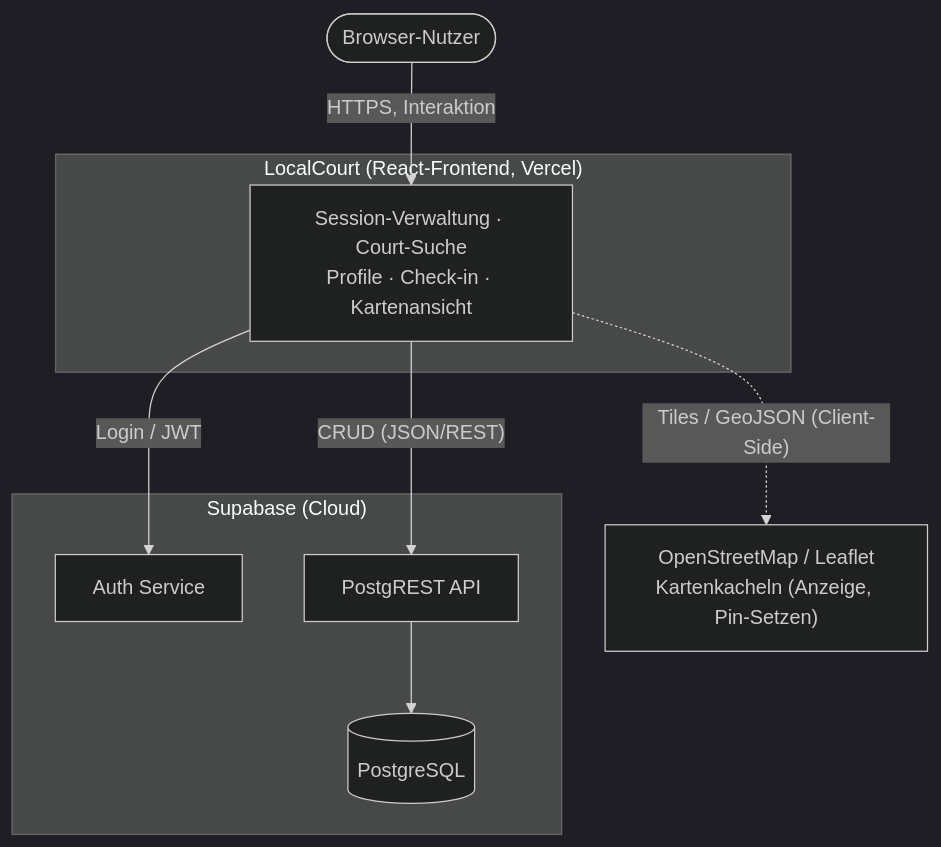
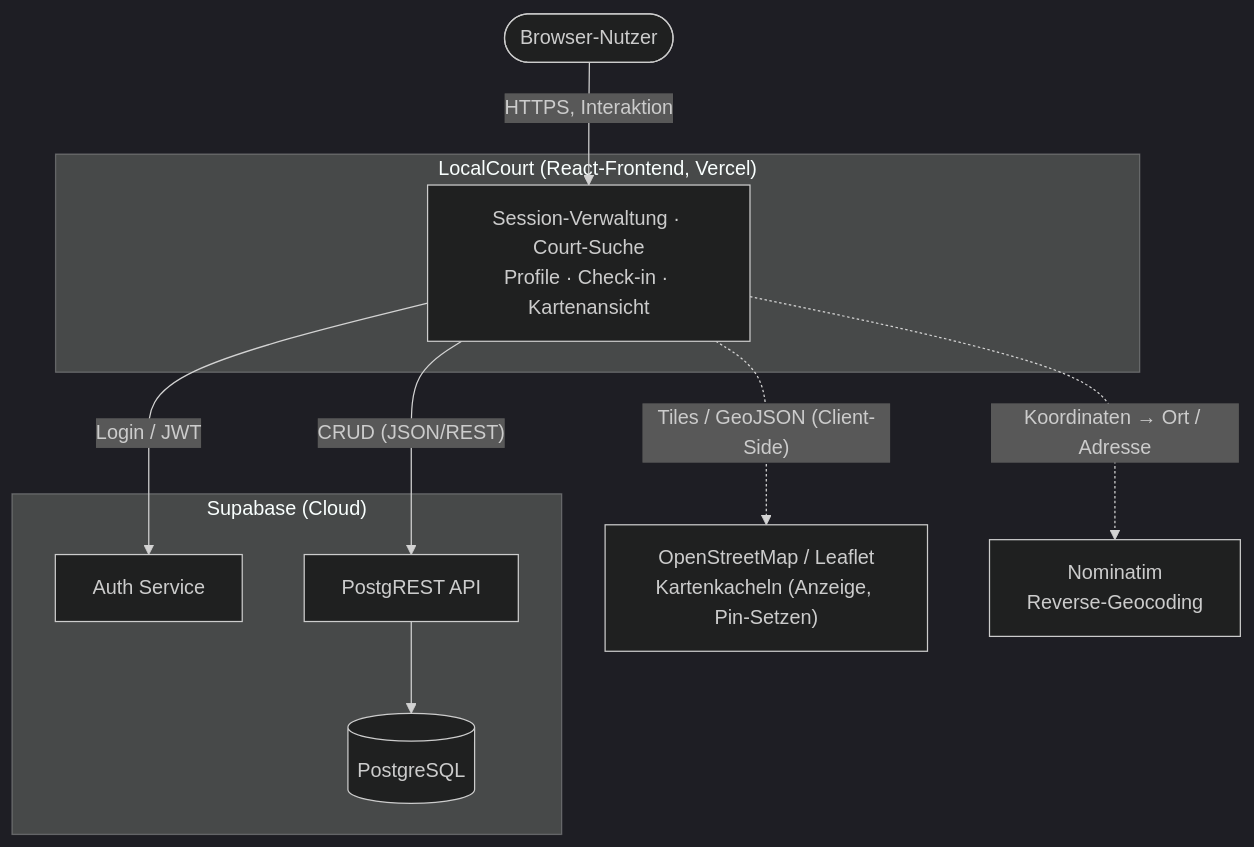
Before and after one commit to Finn5k/Wirtschaftsinformatik-Projekt-I: the first of 5 diagrams in docs/spec/P2-architekturueberblick.md, drawn with Mermaid (dark theme). The commit also changed other lines of this file and 13 other files, not shown here.

````diff
--- a/docs/spec/P2-architekturueberblick.md
+++ b/docs/spec/P2-architekturueberblick.md
@@ -17,22 +17,24 @@
 ```mermaid
 flowchart TB
     user(["Browser-Nutzer"])
 
     subgraph lc["LocalCourt (React-Frontend, Vercel)"]
         ui["Session-Verwaltung · Court-Suche<br/>Profile · Check-in · Kartenansicht"]
     end
 
     subgraph supa["Supabase (Cloud)"]
         auth["Auth Service"]
         rest["PostgREST API"]
         db[("PostgreSQL")]
     end
 
     osm["OpenStreetMap / Leaflet<br/>Kartenkacheln (Anzeige, Pin-Setzen)"]
+    nominatim["Nominatim<br/>Reverse-Geocoding"]
 
     user -->|"HTTPS, Interaktion"| ui
     ui -->|"Login / JWT"| auth
     ui -->|"CRUD (JSON/REST)"| rest
     rest --> db
     ui -.->|"Tiles / GeoJSON (Client-Side)"| osm
+    ui -.->|"Koordinaten → Ort / Adresse"| nominatim
 ```
````
